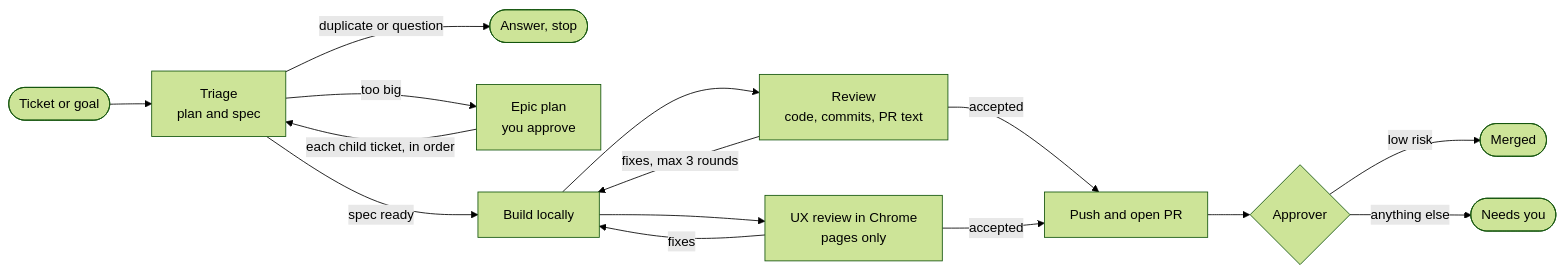
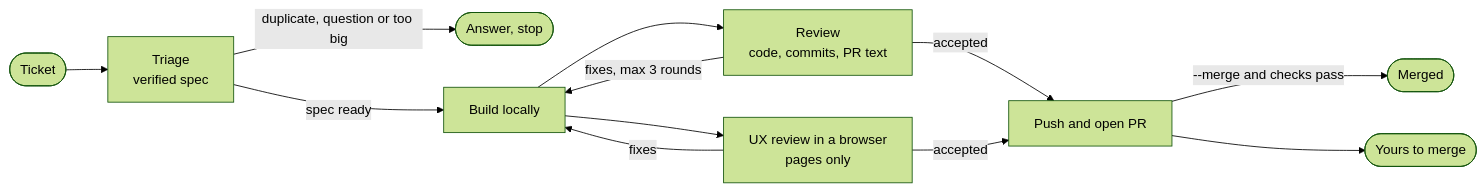
One commit to owainlewis/software-factory changed the diagram in README.md. Above: the diagram before and after it, drawn with Mermaid (forest theme). The commit also changed other lines of this file and 23 other files, not shown here.

First line of the commit message:
Execute work tickets only, and merge only when asked

````diff
--- a/README.md
+++ b/README.md
@@ -14,17 +16,14 @@
 ```mermaid
 flowchart LR
-    T([Ticket or goal]) --> TR[Triage<br/>plan and spec]
-    TR -->|duplicate or question| A([Answer, stop])
-    TR -->|too big| E[Epic plan<br/>you approve]
-    E -->|each child ticket, in order| TR
+    T([Ticket]) --> TR[Triage<br/>verified spec]
+    TR -->|duplicate, question or too big| A([Answer, stop])
     TR -->|spec ready| B[Build locally]
     B --> R[Review<br/>code, commits, PR text]
-    B --> U[UX review in Chrome<br/>pages only]
+    B --> U[UX review in a browser<br/>pages only]
     R -->|fixes, max 3 rounds| B
     U -->|fixes| B
     R -->|accepted| P[Push and open PR]
     U -->|accepted| P
-    P --> AP{Approver}
-    AP -->|low risk| M([Merged])
-    AP -->|anything else| H([Needs you])
+    P -->|--merge and checks pass| M([Merged])
+    P --> Y([Yours to merge])
 ```
````
